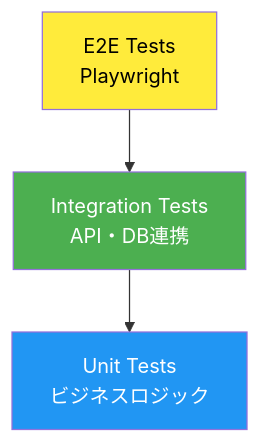
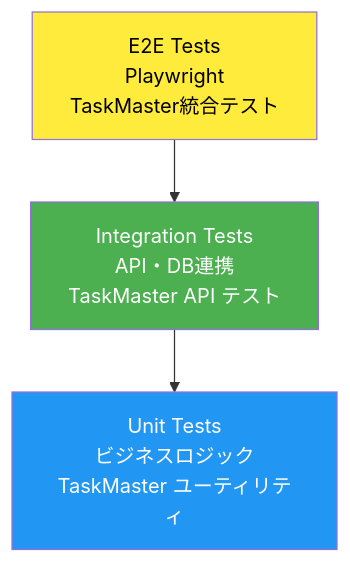
Before and after one commit to sudat/biz-clone: the diagram in .taskmaster/docs/06_開発・テスト環境.md, drawn with Mermaid. The commit also changed other lines of this file and 7 other files, not shown here.

````diff
--- a/.taskmaster/docs/06_開発・テスト環境.md
+++ b/.taskmaster/docs/06_開発・テスト環境.md
@@ -119,13 +251,13 @@
 ```mermaid
 graph TD
-    E2E[E2E Tests<br/>Playwright]
-    INT[Integration Tests<br/>API・DB連携]
-    UNIT[Unit Tests<br/>ビジネスロジック]
+    E2E[E2E Tests<br/>Playwright<br/>TaskMaster統合テスト]
+    INT[Integration Tests<br/>API・DB連携<br/>TaskMaster API テスト]
+    UNIT[Unit Tests<br/>ビジネスロジック<br/>TaskMaster ユーティリティ]
 
     style E2E fill:#ffeb3b,color:#000
     style INT fill:#4caf50,color:#fff
     style UNIT fill:#2196f3,color:#fff
 
     E2E --> INT
     INT --> UNIT
 ```
````
